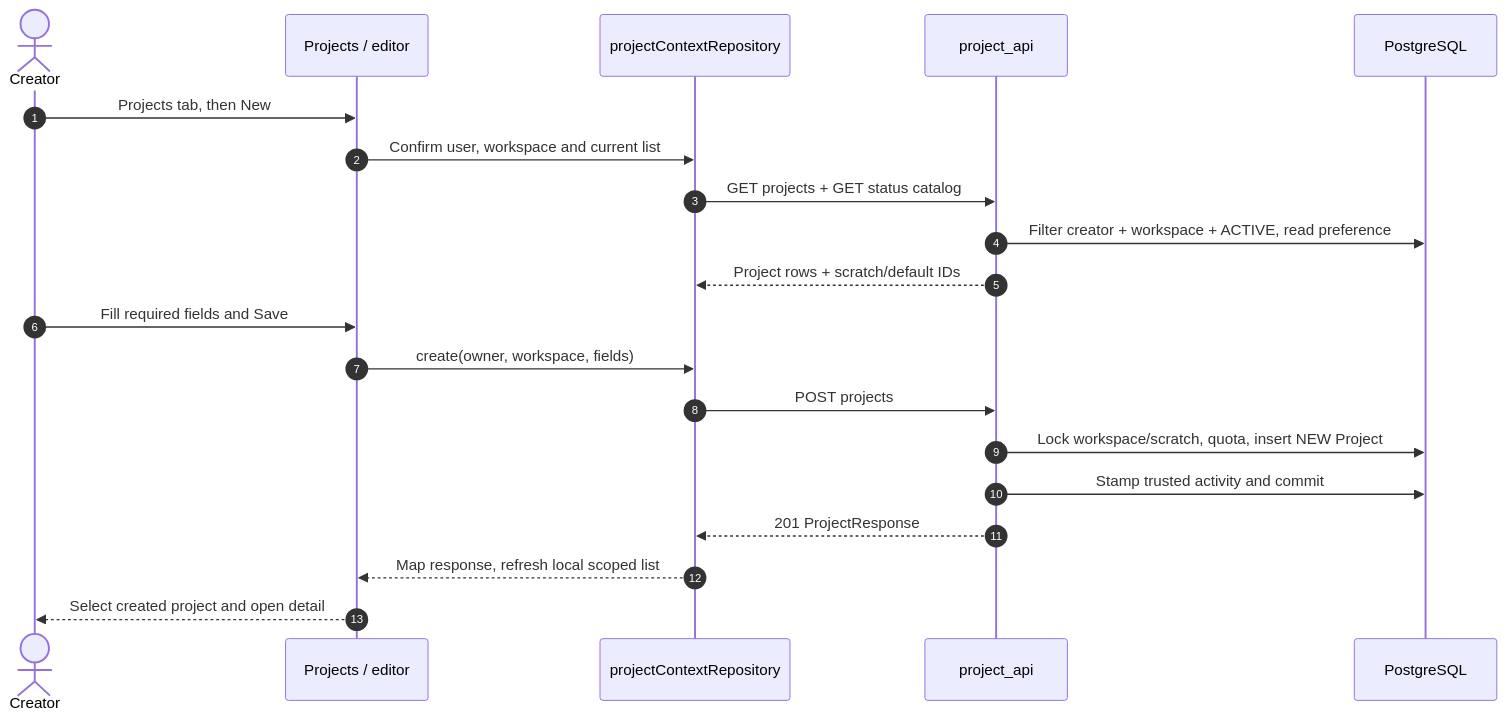
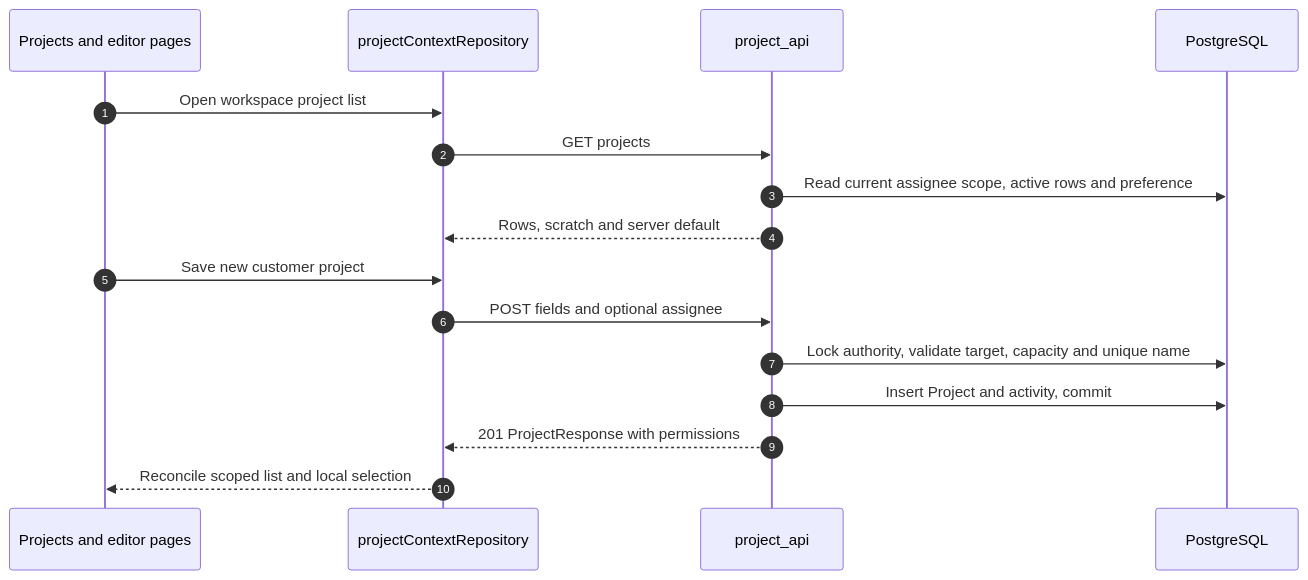
The diagram in reference/flows/project-flow.md (Orientation-CD/docs), drawn with Mermaid before and after one commit. The commit also changed other lines of this file and 203 other files, not shown here.

````diff
--- a/reference/flows/project-flow.md
+++ b/reference/flows/project-flow.md
@@ -7,22 +7,18 @@
 ```mermaid
 sequenceDiagram
-    autonumber
-    actor Person as Creator
-    participant Page as Projects / editor
-    participant Repo as projectContextRepository
-    participant API as project_api
-    participant DB as PostgreSQL
-    Person->>Page: Projects tab, then New
-    Page->>Repo: Confirm user, workspace and current list
-    Repo->>API: GET projects + GET status catalog
-    API->>DB: Filter creator + workspace + ACTIVE, read preference
-    API-->>Repo: Project rows + scratch/default IDs
-    Person->>Page: Fill required fields and Save
-    Page->>Repo: create(owner, workspace, fields)
-    Repo->>API: POST projects
-    API->>DB: Lock workspace/scratch, quota, insert NEW Project
-    API->>DB: Stamp trusted activity and commit
-    API-->>Repo: 201 ProjectResponse
-    Repo-->>Page: Map response, refresh local scoped list
-    Page-->>Person: Select created project and open detail
+  autonumber
+  participant P as Projects and editor pages
+  participant C as projectContextRepository
+  participant API as project_api
+  participant DB as PostgreSQL
+  P->>C: Open workspace project list
+  C->>API: GET projects
+  API->>DB: Read current assignee scope, active rows and preference
+  API-->>C: Rows, scratch and server default
+  P->>C: Save new customer project
+  C->>API: POST fields and optional assignee
+  API->>DB: Lock authority, validate target, capacity and unique name
+  API->>DB: Insert Project and activity, commit
+  API-->>C: 201 ProjectResponse with permissions
+  C-->>P: Reconcile scoped list and local selection
 ```
````
